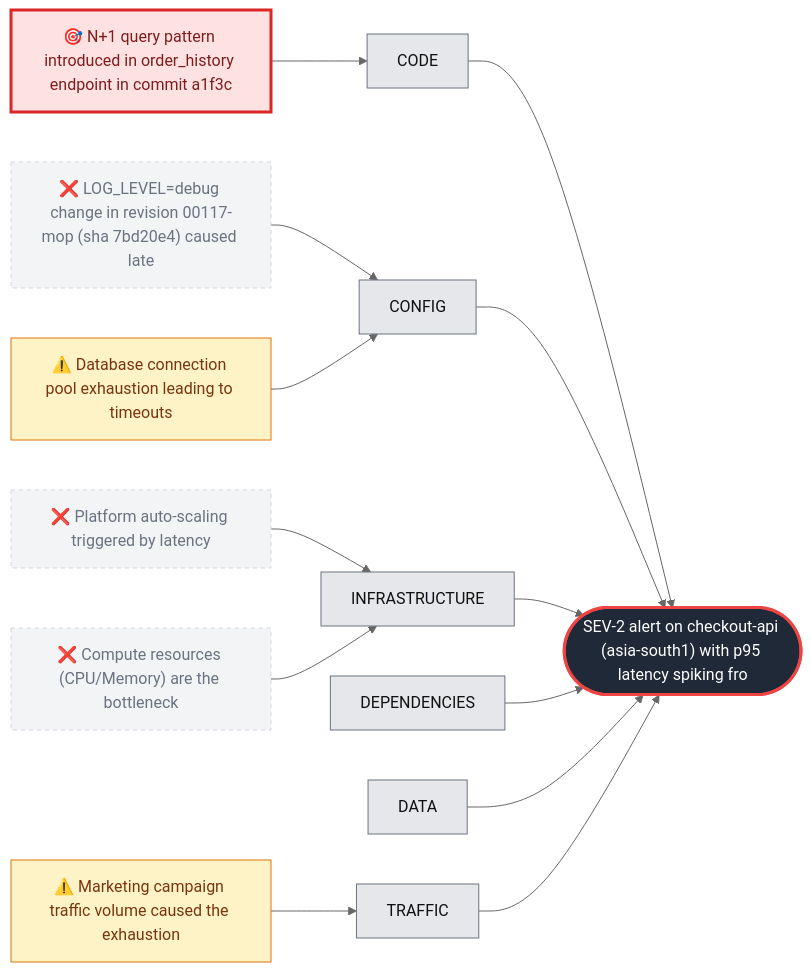
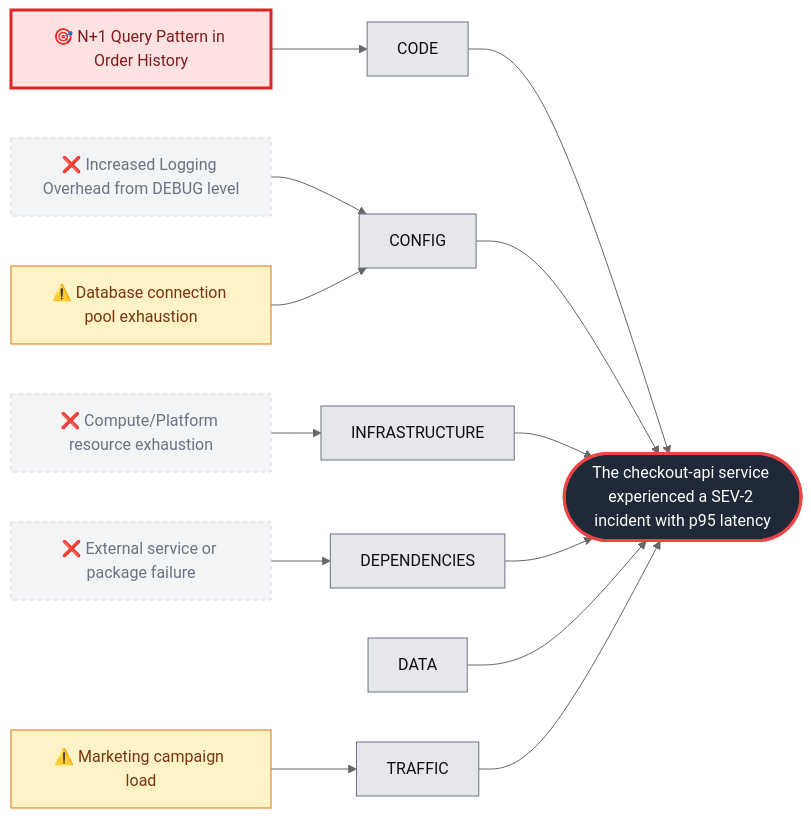
One commit to Likhith-BlueLotus/open-source-agents changed the diagram in agents/ishikawa-rca/examples/checkout-latency.md. Above: the diagram before and after it, drawn with Mermaid (neutral theme). The commit also changed other lines of this file and 33 other files, not shown here.

````diff
--- a/agents/ishikawa-rca/examples/checkout-latency.md
+++ b/agents/ishikawa-rca/examples/checkout-latency.md
@@ -13,22 +17,22 @@
 ```mermaid
 flowchart LR
-  EFFECT(["SEV-2 alert on checkout-api (asia-south1) with p95 latency spiking fro"]):::effect
+  EFFECT(["The checkout-api service experienced a SEV-2 incident with p95 latency"]):::effect
   code["CODE"]:::bone --> EFFECT
-  code0["🎯 N+1 query pattern introduced in order_history endpoint in commit a1f3c"]:::root_cause --> code
+  code0["🎯 N+1 Query Pattern in Order History"]:::root_cause --> code
   config["CONFIG"]:::bone --> EFFECT
-  config0["❌ LOG_LEVEL=debug change in revision 00117-mop (sha 7bd20e4) caused late"]:::refuted --> config
-  config1["⚠️ Database connection pool exhaustion leading to timeouts"]:::contributing --> config
+  config0["❌ Increased Logging Overhead from DEBUG level"]:::refuted --> config
+  config1["⚠️ Database connection pool exhaustion"]:::contributing --> config
   infrastructure["INFRASTRUCTURE"]:::bone --> EFFECT
-  infrastructure0["❌ Platform auto-scaling triggered by latency"]:::refuted --> infrastructure
-  infrastructure1["❌ Compute resources (CPU/Memory) are the bottleneck"]:::refuted --> infrastructure
+  infrastructure0["❌ Compute/Platform resource exhaustion"]:::refuted --> infrastructure
   dependencies["DEPENDENCIES"]:::bone --> EFFECT
+  dependencies0["❌ External service or package failure"]:::refuted --> dependencies
   data["DATA"]:::bone --> EFFECT
   traffic["TRAFFIC"]:::bone --> EFFECT
-  traffic0["⚠️ Marketing campaign traffic volume caused the exhaustion"]:::contributing --> traffic
+  traffic0["⚠️ Marketing campaign load"]:::contributing --> traffic
   classDef effect fill:#1f2937,color:#fff,stroke:#ef4444,stroke-width:3px
   classDef bone fill:#e5e7eb,color:#111,stroke:#6b7280
   classDef root_cause fill:#fee2e2,color:#7f1d1d,stroke:#dc2626,stroke-width:3px
   classDef contributing fill:#fef3c7,color:#78350f,stroke:#d97706
   classDef refuted fill:#f3f4f6,color:#6b7280,stroke:#d1d5db,stroke-dasharray:4
   classDef inconclusive fill:#eef2ff,color:#3730a3,stroke:#818cf8
 ```
````
